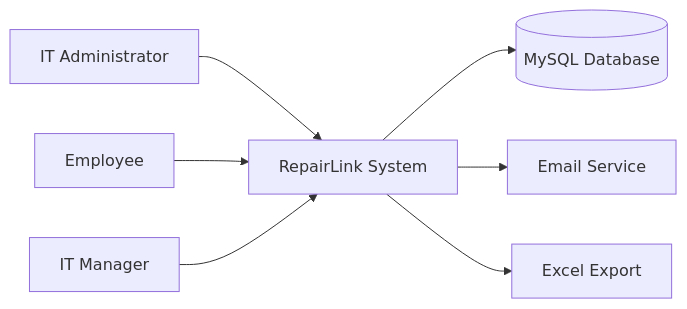
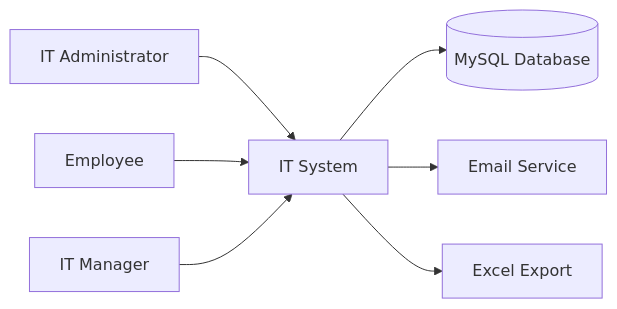
One commit to punnawichplub2547-boop/my-itapp changed the first of 3 diagrams in docs/project-report-5sections-th.md. Above: the diagram before and after it, drawn with Mermaid. The commit also changed other lines of this file and 28 other files, not shown here.

````diff
--- a/docs/project-report-5sections-th.md
+++ b/docs/project-report-5sections-th.md
@@ -43,9 +43,9 @@
 ```mermaid
 flowchart LR
-  A[IT Administrator] --> B[RepairLink System]
+  A[IT Administrator] --> B[IT System]
   C[Employee] --> B
   D[IT Manager] --> B
   B --> E[(MySQL Database)]
   B --> F[Email Service]
   B --> G[Excel Export]
 ```
````
